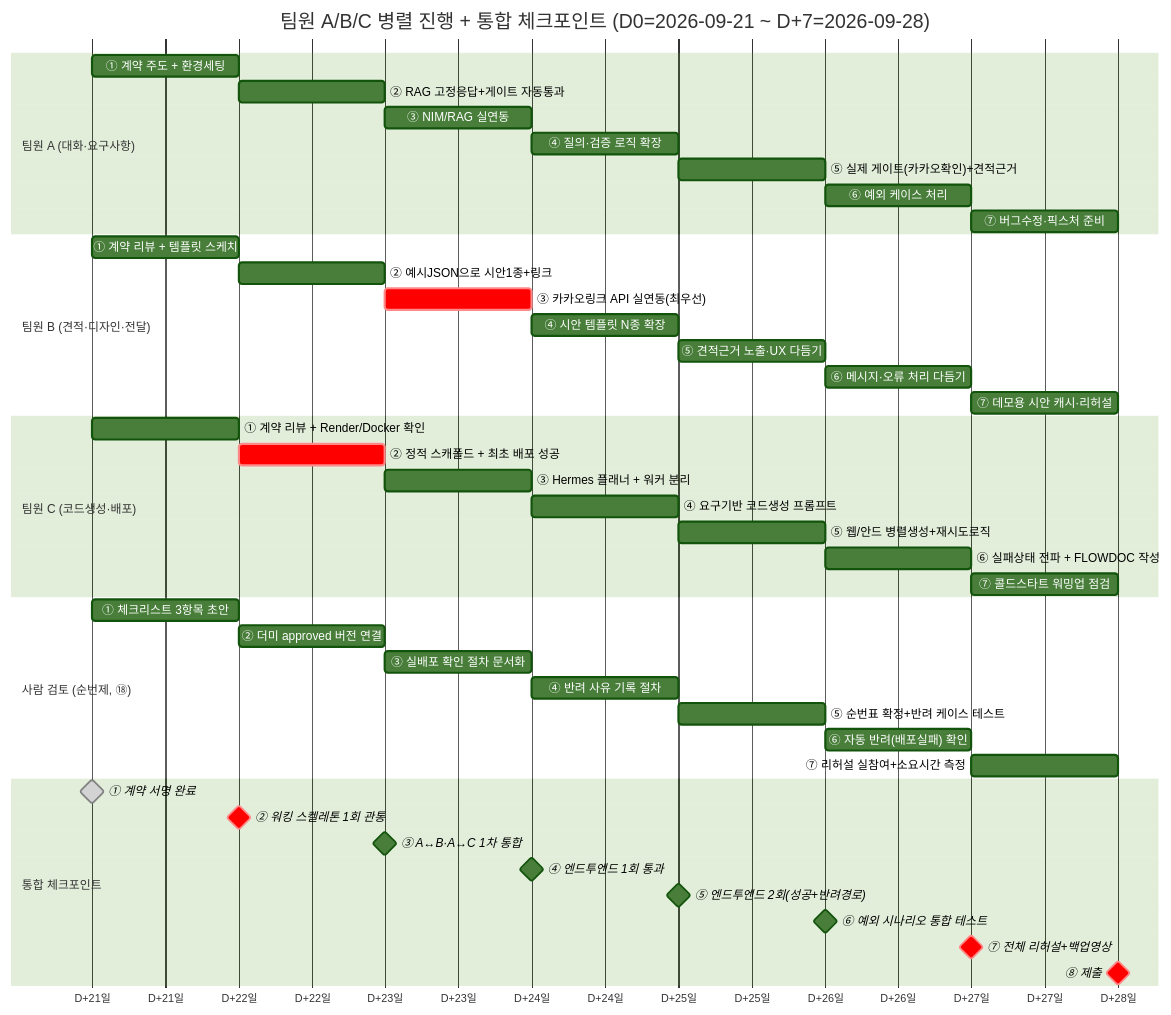
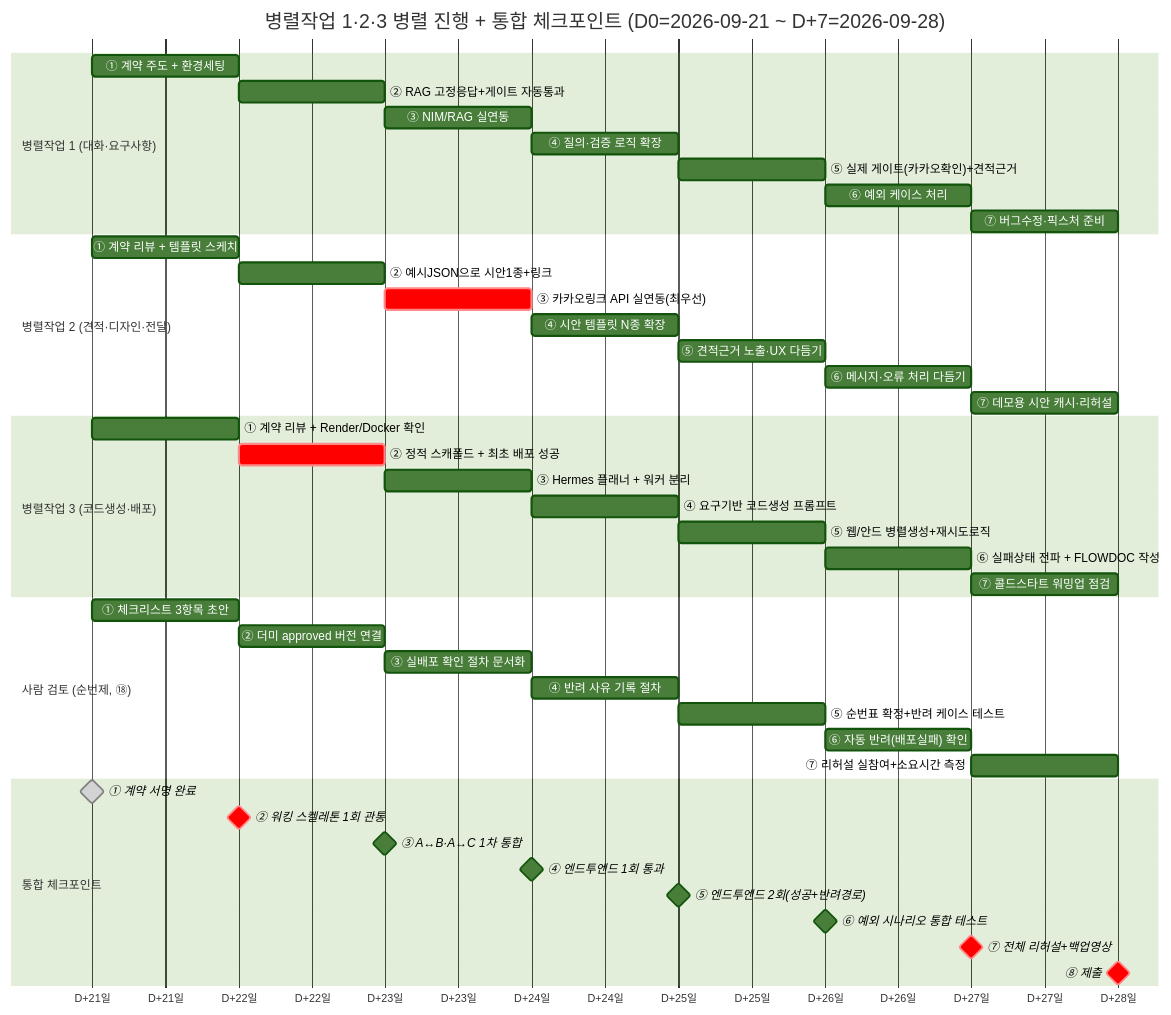
One commit to kyungsikjeung/agt001 changed the diagram in docs/hackathon/INTEGRATION_STRATEGY.md. Above: the diagram before and after it, drawn with Mermaid (forest theme). The commit also changed other lines of this file and 76 other files, not shown here.

````diff
--- a/docs/hackathon/INTEGRATION_STRATEGY.md
+++ b/docs/hackathon/INTEGRATION_STRATEGY.md
@@ -101,53 +101,53 @@
 ```mermaid
 gantt
-    title 팀원 A/B/C 병렬 진행 + 통합 체크포인트 (D0=2026-09-21 ~ D+7=2026-09-28)
+    title 병렬작업 1·2·3 병렬 진행 + 통합 체크포인트 (D0=2026-09-21 ~ D+7=2026-09-28)
     dateFormat  YYYY-MM-DD
     axisFormat  D+%d일
     todayMarker on
 
-    section 팀원 A (대화·요구사항)
+    section 병렬작업 1 (대화·요구사항)
     ① 계약 주도 + 환경세팅          :a1, 2026-09-21, 1d
     ② RAG 고정응답+게이트 자동통과   :a2, 2026-09-22, 1d
     ③ NIM/RAG 실연동                :a3, 2026-09-23, 1d
     ④ 질의·검증 로직 확장           :a4, 2026-09-24, 1d
     ⑤ 실제 게이트(카카오확인)+견적근거:a5, 2026-09-25, 1d
     ⑥ 예외 케이스 처리              :a6, 2026-09-26, 1d
     ⑦ 버그수정·픽스처 준비          :a7, 2026-09-27, 1d
 
-    section 팀원 B (견적·디자인·전달)
+    section 병렬작업 2 (견적·디자인·전달)
     ① 계약 리뷰 + 템플릿 스케치      :b1, 2026-09-21, 1d
     ② 예시JSON으로 시안1종+링크     :b2, 2026-09-22, 1d
     ③ 카카오링크 API 실연동(최우선) :crit, b3, 2026-09-23, 1d
     ④ 시안 템플릿 N종 확장          :b4, 2026-09-24, 1d
     ⑤ 견적근거 노출·UX 다듬기       :b5, 2026-09-25, 1d
     ⑥ 메시지·오류 처리 다듬기       :b6, 2026-09-26, 1d
     ⑦ 데모용 시안 캐시·리허설       :b7, 2026-09-27, 1d
 
-    section 팀원 C (코드생성·배포)
+    section 병렬작업 3 (코드생성·배포)
     ① 계약 리뷰 + Render/Docker 확인 :c1, 2026-09-21, 1d
     ② 정적 스캐폴드 + 최초 배포 성공 :crit, c2, 2026-09-22, 1d
     ③ Hermes 플래너 + 워커 분리     :c3, 2026-09-23, 1d
     ④ 요구기반 코드생성 프롬프트    :c4, 2026-09-24, 1d
     ⑤ 웹/안드 병렬생성+재시도로직   :c5, 2026-09-25, 1d
     ⑥ 실패상태 전파 + FLOWDOC 작성  :c6, 2026-09-26, 1d
     ⑦ 콜드스타트 워밍업 점검        :c7, 2026-09-27, 1d
 
     section 사람 검토 (순번제, ⑱)
     ① 체크리스트 3항목 초안         :r1, 2026-09-21, 1d
     ② 더미 approved 버전 연결       :r2, 2026-09-22, 1d
     ③ 실배포 확인 절차 문서화       :r3, 2026-09-23, 1d
     ④ 반려 사유 기록 절차           :r4, 2026-09-24, 1d
     ⑤ 순번표 확정+반려 케이스 테스트 :r5, 2026-09-25, 1d
     ⑥ 자동 반려(배포실패) 확인      :r6, 2026-09-26, 1d
     ⑦ 리허설 실참여+소요시간 측정   :r7, 2026-09-27, 1d
 
     section 통합 체크포인트
     ① 계약 서명 완료                :milestone, done, i1, 2026-09-21, 0d
     ② 워킹 스켈레톤 1회 관통        :crit, milestone, i2, 2026-09-22, 0d
     ③ A↔B·A↔C 1차 통합             :milestone, i3, 2026-09-23, 0d
     ④ 엔드투엔드 1회 통과           :milestone, i4, 2026-09-24, 0d
     ⑤ 엔드투엔드 2회(성공+반려경로) :milestone, i5, 2026-09-25, 0d
     ⑥ 예외 시나리오 통합 테스트     :milestone, i6, 2026-09-26, 0d
     ⑦ 전체 리허설+백업영상          :crit, milestone, i7, 2026-09-27, 0d
     ⑧ 제출                         :crit, milestone, i8, 2026-09-28, 0d
 ```
````
